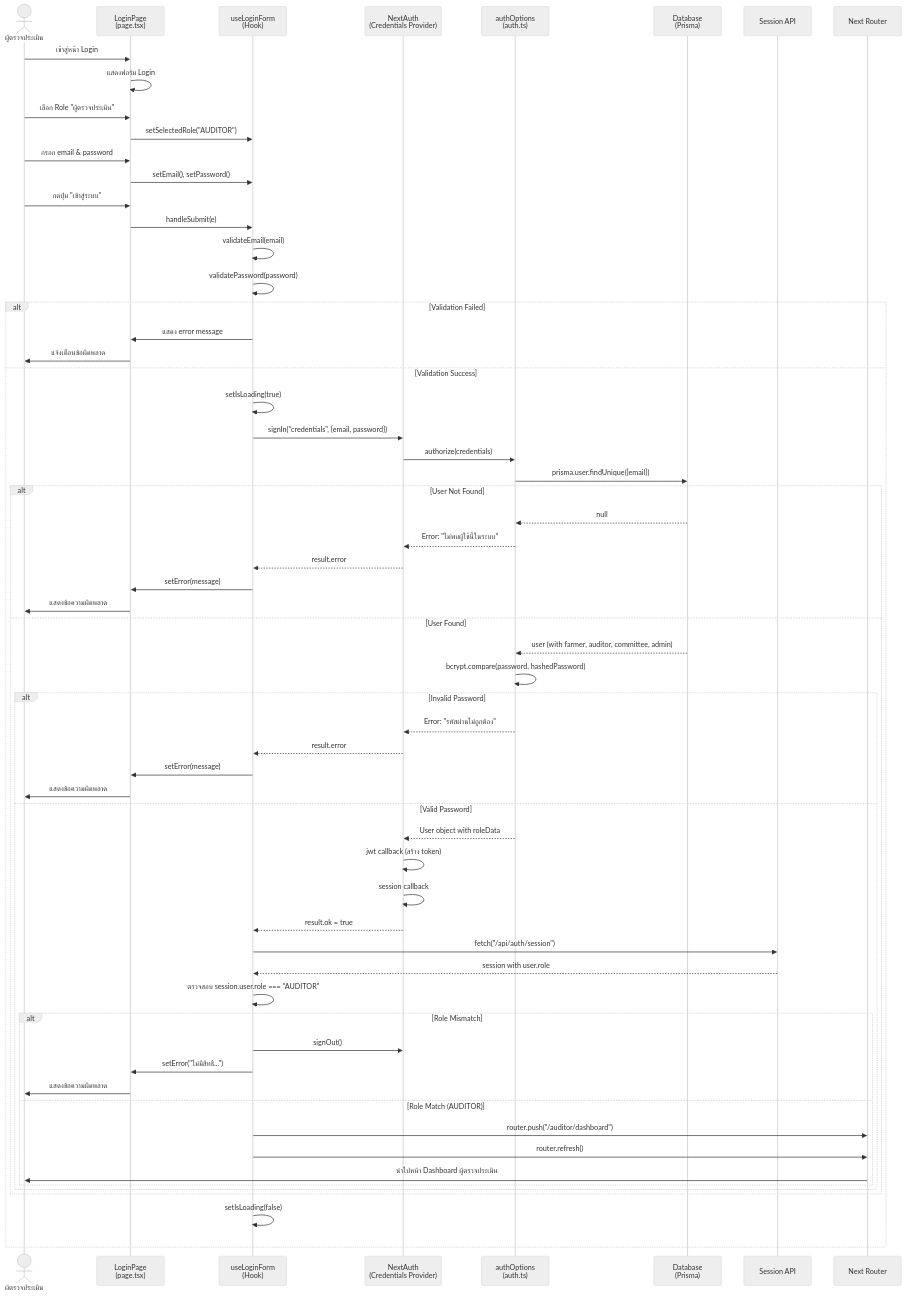
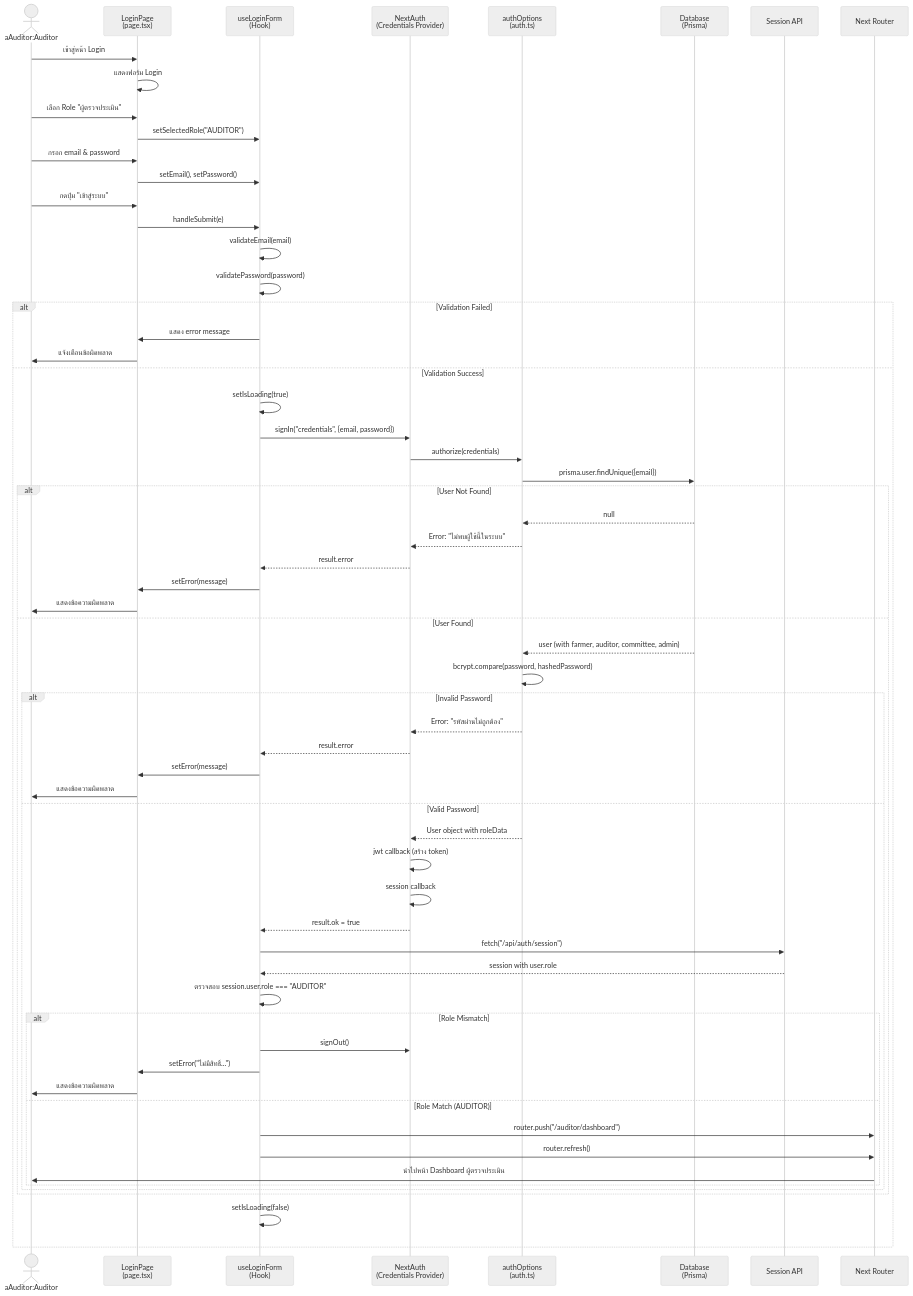
One commit to Asteriskzkx/gap-is-wa changed the diagram in UML/sequenceDiagram/auditorLogin/auditorLogin.md. Above: the diagram before and after it, drawn with Mermaid (neutral theme). The commit also changed 19 other files, not shown here.

Commit message:
fix: modify sequenceDiagram for adminLogin, auditorLogin, committeeLogin and farmerLogin

````diff
--- a/UML/sequenceDiagram/auditorLogin/auditorLogin.md
+++ b/UML/sequenceDiagram/auditorLogin/auditorLogin.md
@@ -1,76 +1,76 @@
 ```mermaid
 sequenceDiagram
-    actor Auditor as ผู้ตรวจประเมิน
+    actor Auditor as aAuditor:Auditor
     participant UI as LoginPage<br/>(page.tsx)
     participant Hook as useLoginForm<br/>(Hook)
     participant NextAuth as NextAuth<br/>(Credentials Provider)
     participant Auth as authOptions<br/>(auth.ts)
     participant DB as Database<br/>(Prisma)
     participant Session as Session API
     participant Router as Next Router
 
     Auditor->>UI: เข้าสู่หน้า Login
     UI->>UI: แสดงฟอร์ม Login
 
     Auditor->>UI: เลือก Role "ผู้ตรวจประเมิน"
     UI->>Hook: setSelectedRole("AUDITOR")
 
     Auditor->>UI: กรอก email & password
     UI->>Hook: setEmail(), setPassword()
 
     Auditor->>UI: กดปุ่ม "เข้าสู่ระบบ"
     UI->>Hook: handleSubmit(e)
 
     Hook->>Hook: validateEmail(email)
     Hook->>Hook: validatePassword(password)
 
     alt Validation Failed
         Hook->>UI: แสดง error message
         UI->>Auditor: แจ้งเตือนข้อผิดพลาด
     else Validation Success
         Hook->>Hook: setIsLoading(true)
         Hook->>NextAuth: signIn("credentials", {email, password})
 
         NextAuth->>Auth: authorize(credentials)
         Auth->>DB: prisma.user.findUnique({email})
 
         alt User Not Found
             DB-->>Auth: null
             Auth-->>NextAuth: Error: "ไม่พบผู้ใช้นี้ในระบบ"
             NextAuth-->>Hook: result.error
             Hook->>UI: setError(message)
             UI->>Auditor: แสดงข้อความผิดพลาด
         else User Found
             DB-->>Auth: user (with farmer, auditor, committee, admin)
             Auth->>Auth: bcrypt.compare(password, hashedPassword)
 
             alt Invalid Password
                 Auth-->>NextAuth: Error: "รหัสผ่านไม่ถูกต้อง"
                 NextAuth-->>Hook: result.error
                 Hook->>UI: setError(message)
                 UI->>Auditor: แสดงข้อความผิดพลาด
             else Valid Password
                 Auth-->>NextAuth: User object with roleData
                 NextAuth->>NextAuth: jwt callback (สร้าง token)
                 NextAuth->>NextAuth: session callback
                 NextAuth-->>Hook: result.ok = true
 
                 Hook->>Session: fetch("/api/auth/session")
                 Session-->>Hook: session with user.role
 
                 Hook->>Hook: ตรวจสอบ session.user.role === "AUDITOR"
 
                 alt Role Mismatch
                     Hook->>NextAuth: signOut()
                     Hook->>UI: setError("ไม่มีสิทธิ์...")
                     UI->>Auditor: แสดงข้อความผิดพลาด
                 else Role Match (AUDITOR)
                     Hook->>Router: router.push("/auditor/dashboard")
                     Hook->>Router: router.refresh()
                     Router->>Auditor: นำไปหน้า Dashboard ผู้ตรวจประเมิน
                 end
             end
         end
         Hook->>Hook: setIsLoading(false)
     end
 ```
````
